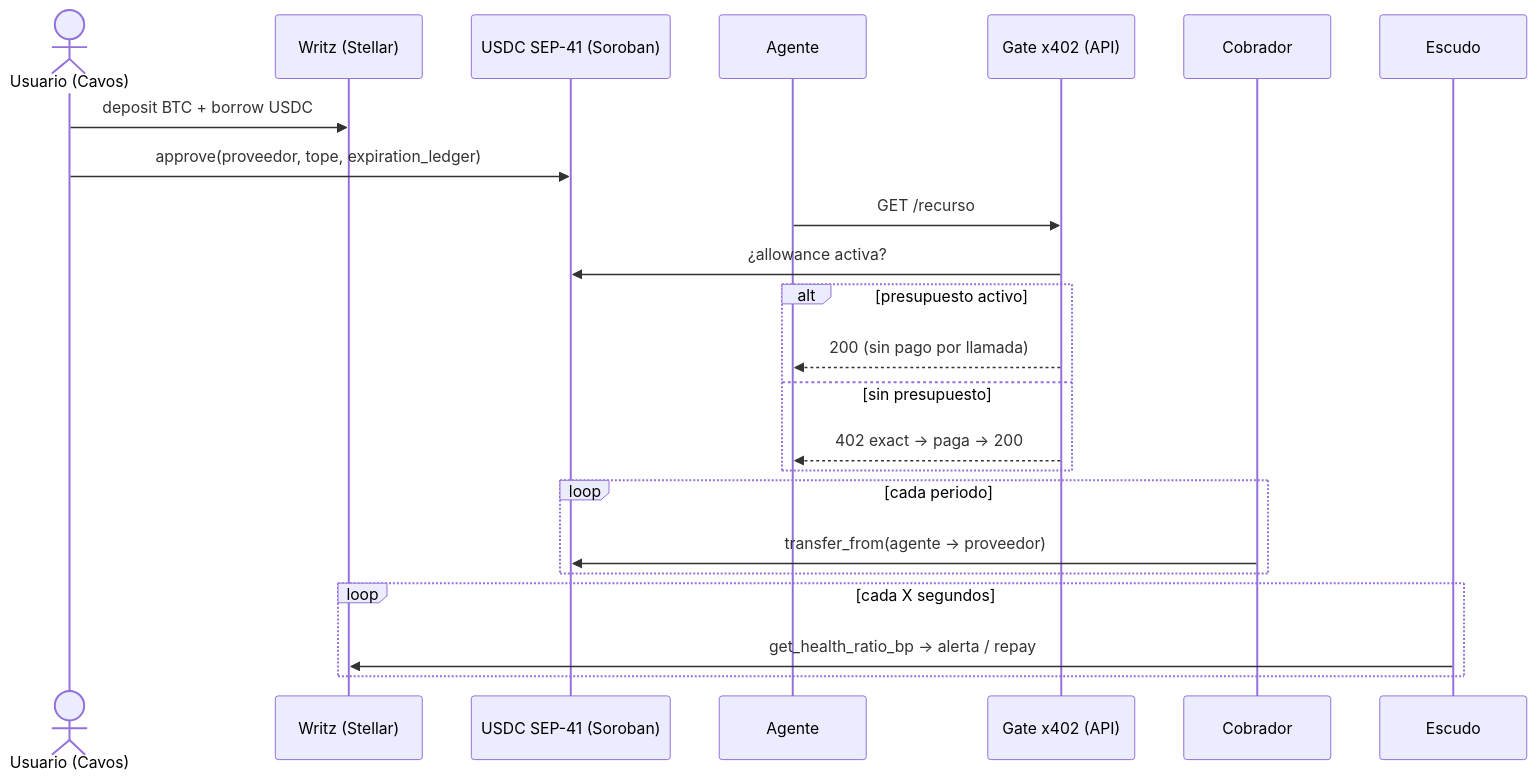
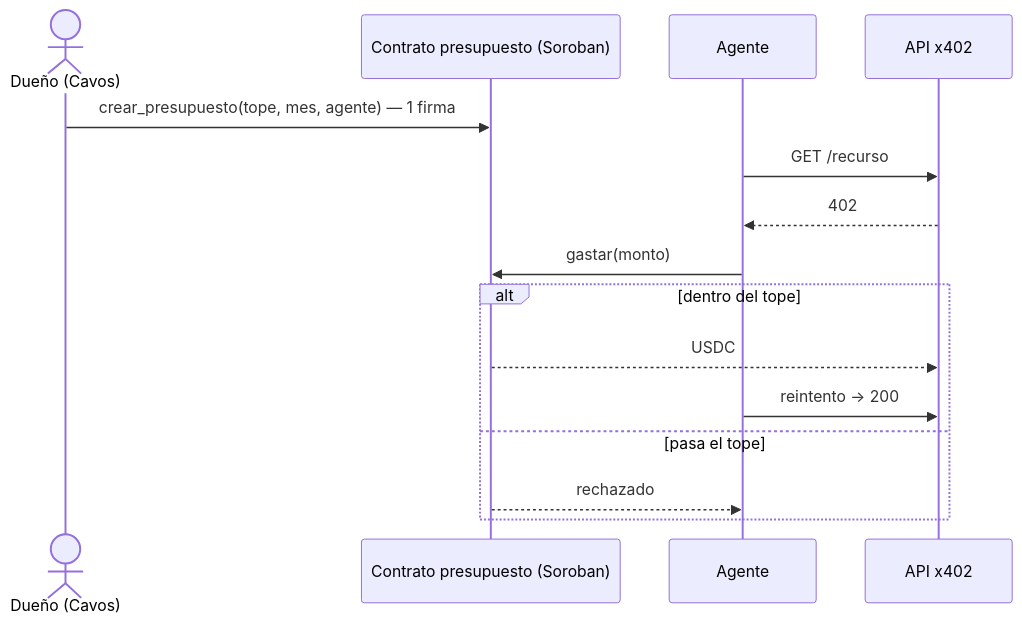
One commit to josedanielm0202-droid/caja-tica-escudo changed the diagram in README.md. Above: the diagram before and after it, drawn with Mermaid. The commit also changed other lines of this file and 1 other file, not shown here.

Commit message:
README y TAREAS: presupuesto con tope para agentes (sin Writz/Bitcoin)

````diff
--- a/README.md
+++ b/README.md
@@ -45,25 +23,17 @@
 ```mermaid
 sequenceDiagram
-  actor U as Usuario (Cavos)
-  participant W as Writz (Stellar)
-  participant T as USDC SEP-41 (Soroban)
+  actor D as Dueño (Cavos)
+  participant C as Contrato presupuesto (Soroban)
   participant A as Agente
-  participant G as Gate x402 (API)
-  participant K as Cobrador
-  participant E as Escudo
-  U->>W: deposit BTC + borrow USDC
-  U->>T: approve(proveedor, tope, expiration_ledger)
-  A->>G: GET /recurso
-  G->>T: ¿allowance activa?
-  alt presupuesto activo
-    G-->>A: 200 (sin pago por llamada)
-  else sin presupuesto
-    G-->>A: 402 exact → paga → 200
-  end
-  loop cada periodo
-    K->>T: transfer_from(agente → proveedor)
-  end
-  loop cada X segundos
-    E->>W: get_health_ratio_bp → alerta / repay
+  participant P as API x402
+  D->>C: crear_presupuesto(tope, mes, agente) — 1 firma
+  A->>P: GET /recurso
+  P-->>A: 402
+  A->>C: gastar(monto)
+  alt dentro del tope
+    C-->>P: USDC
+    A->>P: reintento → 200
+  else pasa el tope
+    C-->>A: rechazado
   end
 ```
````
